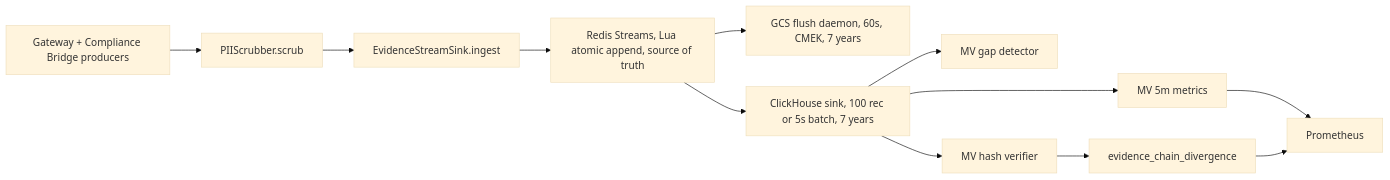
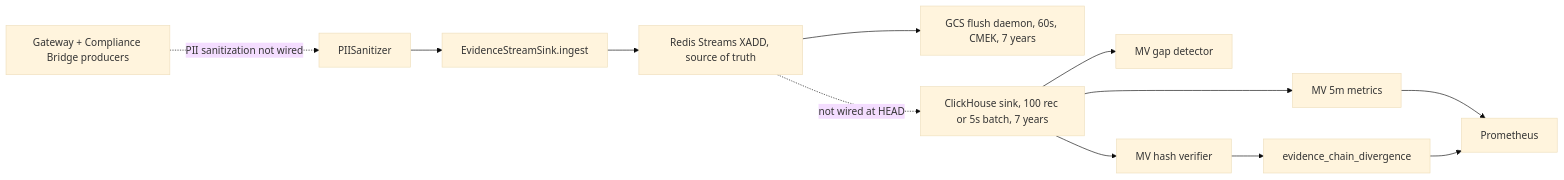
One commit to Icon369/cybernetic-agent-governance-engine changed the diagram in docs/architecture/AUDIT_STREAM_MIGRATION_ANALYSIS.md. Above: the diagram before and after it, drawn with Mermaid (base theme). The commit also changed other lines of this file and 37 other files, not shown here.

````diff
--- a/docs/architecture/AUDIT_STREAM_MIGRATION_ANALYSIS.md
+++ b/docs/architecture/AUDIT_STREAM_MIGRATION_ANALYSIS.md
@@ -505,14 +522,14 @@
 ```mermaid
 flowchart LR
-    A[Gateway + Compliance Bridge producers] --> B[PIIScrubber.scrub]
+    A[Gateway + Compliance Bridge producers] -.PII sanitization not wired.-> B[PIISanitizer]
     B --> C[EvidenceStreamSink.ingest]
-    C --> D[Redis Streams, Lua atomic append, source of truth]
+    C --> D[Redis Streams XADD, source of truth]
     D --> E[GCS flush daemon, 60s, CMEK, 7 years]
-    D --> F[ClickHouse sink, 100 rec or 5s batch, 7 years]
+    D -.not wired at HEAD.-> F[ClickHouse sink, 100 rec or 5s batch, 7 years]
     F --> G[MV gap detector]
     F --> H[MV hash verifier]
     F --> I[MV 5m metrics]
     H --> J[evidence_chain_divergence]
     I --> K[Prometheus]
     J --> K
 ```
````
